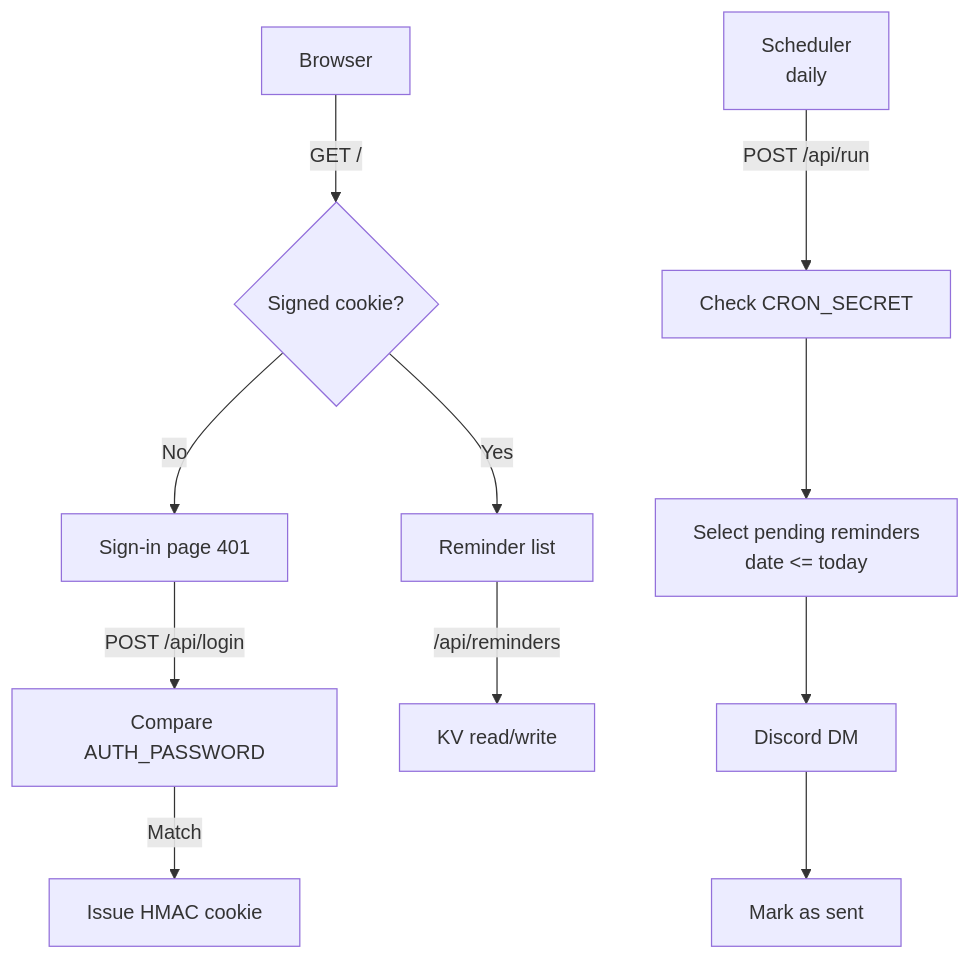
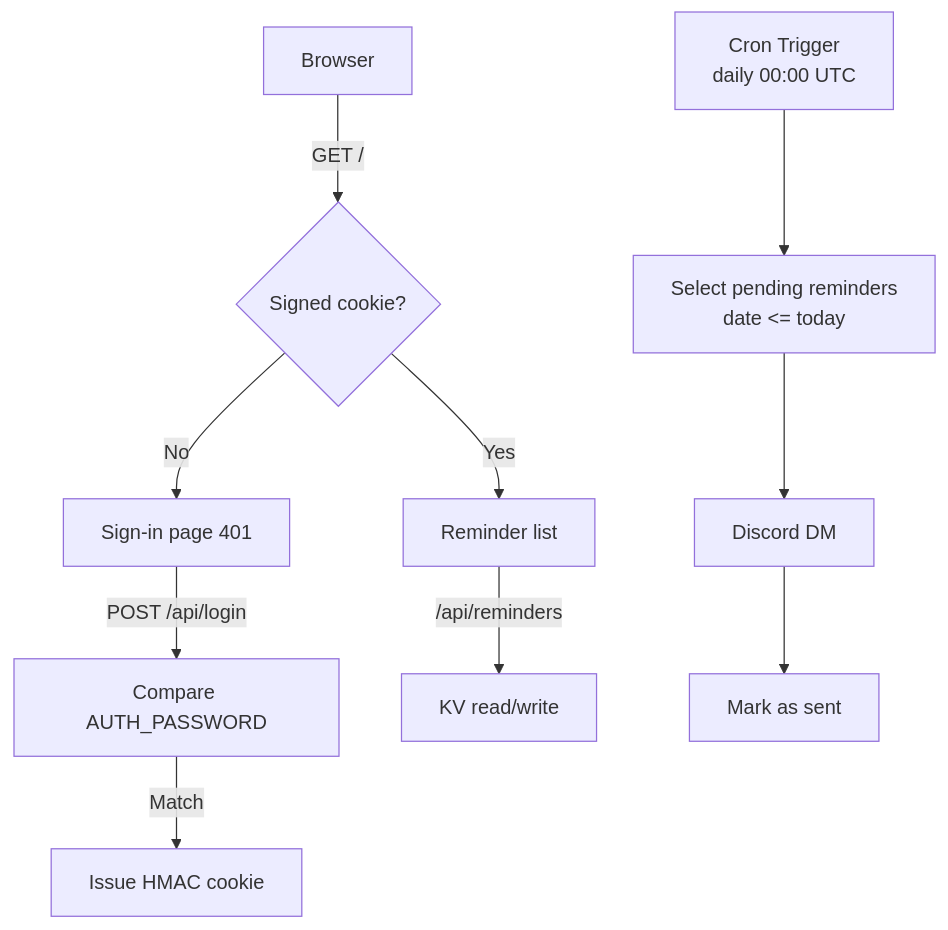
The diagram in README.md (anton1615/reminder-bot), drawn with Mermaid before and after one commit. The commit also changed other lines of this file and 4 other files, not shown here.

First line of the commit message:
Drop the external scheduler now that Cron Triggers work again

````diff
--- a/README.md
+++ b/README.md
@@ -20,13 +20,12 @@
 ```mermaid
 graph TD
     A[Browser] -->|GET /| B{Signed cookie?}
     B -->|No| C[Sign-in page 401]
     B -->|Yes| D[Reminder list]
     C -->|POST /api/login| E[Compare AUTH_PASSWORD]
     E -->|Match| F[Issue HMAC cookie]
     D -->|/api/reminders| G[KV read/write]
-    H[Scheduler<br/>daily] -->|POST /api/run| I[Check CRON_SECRET]
-    I --> J[Select pending reminders<br/>date <= today]
+    H[Cron Trigger<br/>daily 00:00 UTC] --> J[Select pending reminders<br/>date <= today]
     J --> K[Discord DM]
     K --> L[Mark as sent]
 ```
````
